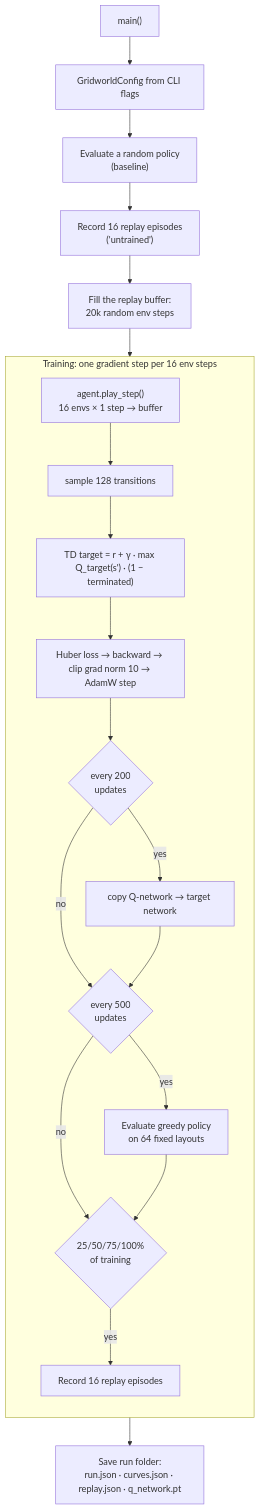
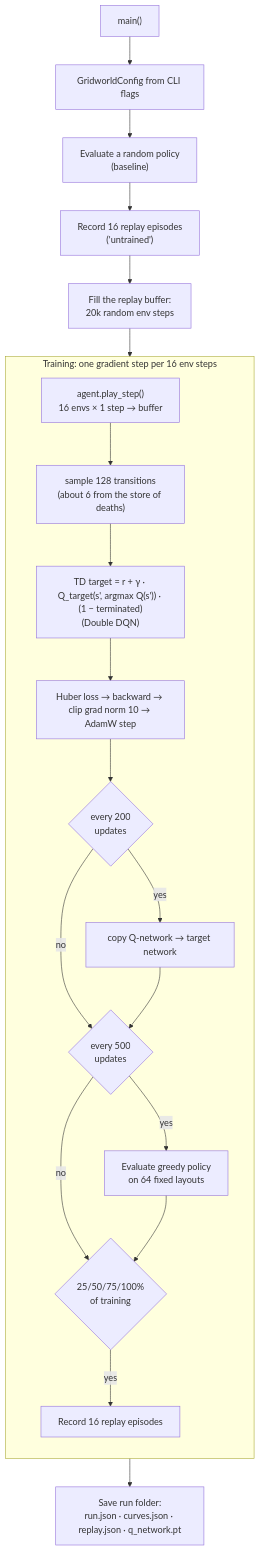
One commit to arena-v9/homeostasis changed the seventh of 9 diagrams in README.md. Above: the diagram before and after it, drawn with Mermaid. The commit also changed other lines of this file and 30 other files, not shown here.

````diff
--- a/README.md
+++ b/README.md
@@ -439,25 +425,25 @@
 ```mermaid
 flowchart TD
     START["main()"] --> CFG["GridworldConfig from CLI flags"]
     CFG --> BASE["Evaluate a random policy<br/>(baseline)"]
     BASE --> REC0["Record 16 replay episodes<br/>('untrained')"]
     REC0 --> FILL["Fill the replay buffer:<br/>20k random env steps"]
     FILL --> LOOP
 
     subgraph LOOP["Training: one gradient step per 16 env steps"]
         direction TB
-        PLAY["agent.play_step()<br/>16 envs × 1 step → buffer"] --> SAMPLE["sample 128 transitions"]
-        SAMPLE --> TD["TD target = r + γ · max Q_target(s') · (1 − terminated)"]
+        PLAY["agent.play_step()<br/>16 envs × 1 step → buffer"] --> SAMPLE["sample 128 transitions<br/>(about 6 from the store of deaths)"]
+        SAMPLE --> TD["TD target = r + γ · Q_target(s', argmax Q(s')) · (1 − terminated)<br/>(Double DQN)"]
         TD --> LOSS["Huber loss → backward → clip grad norm 10 → AdamW step"]
         LOSS --> TGT{"every 200<br/>updates"}
         TGT -- yes --> SYNC["copy Q-network → target network"]
         TGT -- no --> EV
         SYNC --> EV{"every 500<br/>updates"}
         EV -- yes --> EVAL["Evaluate greedy policy<br/>on 64 fixed layouts"]
         EV -- no --> RC
         EVAL --> RC{"25/50/75/100%<br/>of training"}
         RC -- yes --> RECN["Record 16 replay episodes"]
     end
 
     LOOP --> SAVE["Save run folder:<br/>run.json · curves.json · replay.json · q_network.pt"]
 ```
````
